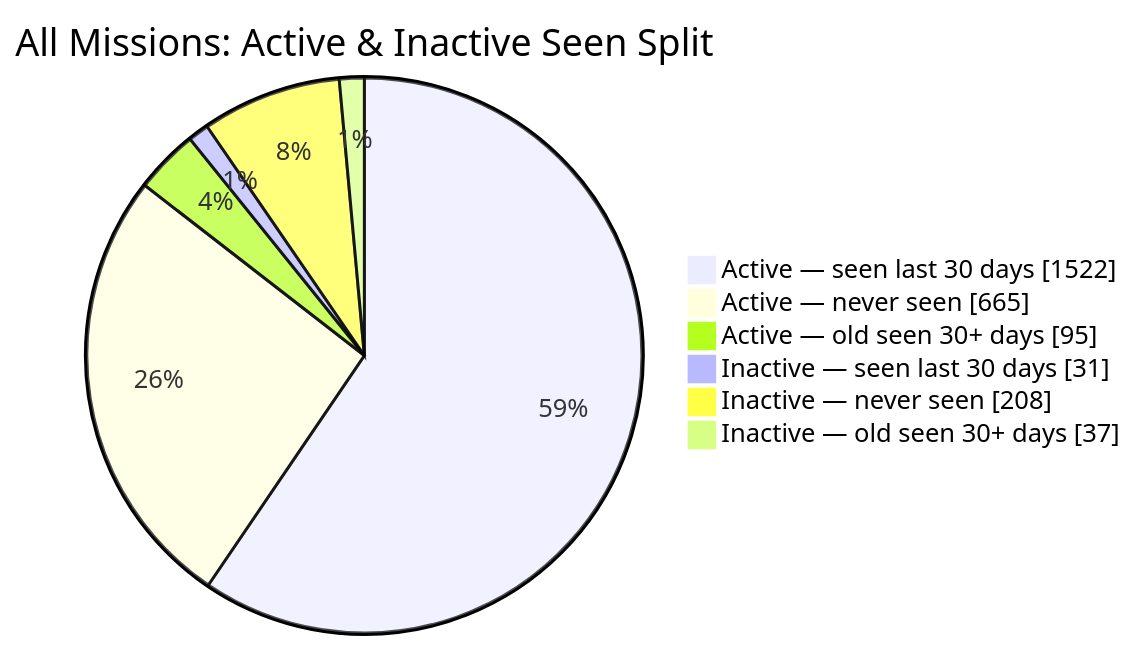
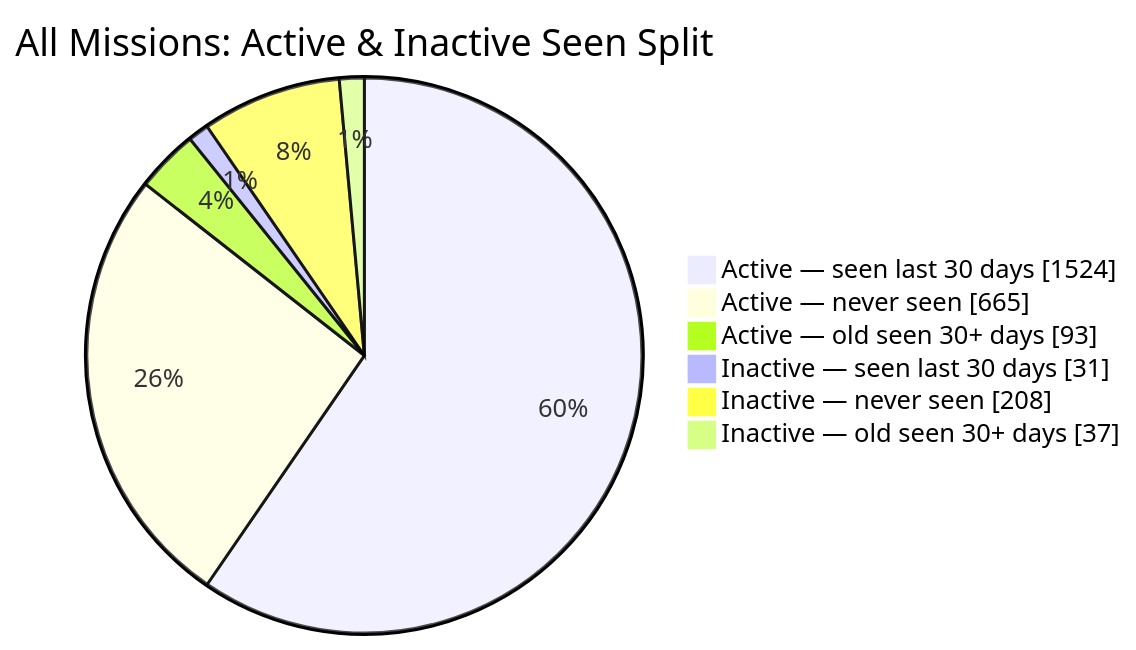
The second of 2 diagrams in README.md (MeldkamerspelGameTeam/active-missions), drawn with Mermaid before and after one commit. The commit also changed other lines of this file and 7 other files, not shown here.

````diff
--- a/README.md
+++ b/README.md
@@ -44,10 +44,10 @@
 ```mermaid
 pie showData
     title All Missions: Active & Inactive Seen Split
-    "Active — seen last 30 days" : 1522
+    "Active — seen last 30 days" : 1524
     "Active — never seen" : 665
-    "Active — old seen 30+ days" : 95
+    "Active — old seen 30+ days" : 93
     "Inactive — seen last 30 days" : 31
     "Inactive — never seen" : 208
     "Inactive — old seen 30+ days" : 37
 ```
````
